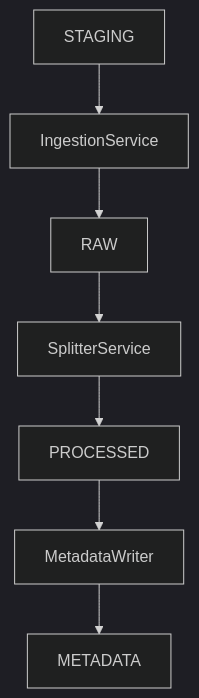
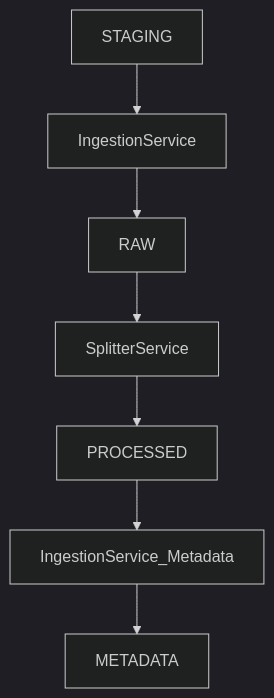
The first of 2 diagrams in docs/ARCHETECTURE.md (kjpou1/convolution-patterns), drawn with Mermaid (dark theme) before and after one commit. The commit also changed other lines of this file, not shown here.

First line of the commit message:
docs: update ARCHITECTURE.md to reflect ETL/runtime separation and service roles

````diff
--- a/docs/ARCHETECTURE.md
+++ b/docs/ARCHETECTURE.md
@@ -23,9 +23,9 @@
 ```mermaid
 flowchart TD
   STAGING --> IngestionService
   IngestionService --> RAW
   RAW --> SplitterService
   SplitterService --> PROCESSED
-  PROCESSED --> MetadataWriter
-  MetadataWriter --> METADATA
+  PROCESSED --> IngestionService_Metadata
+  IngestionService_Metadata --> METADATA
 ```
````
